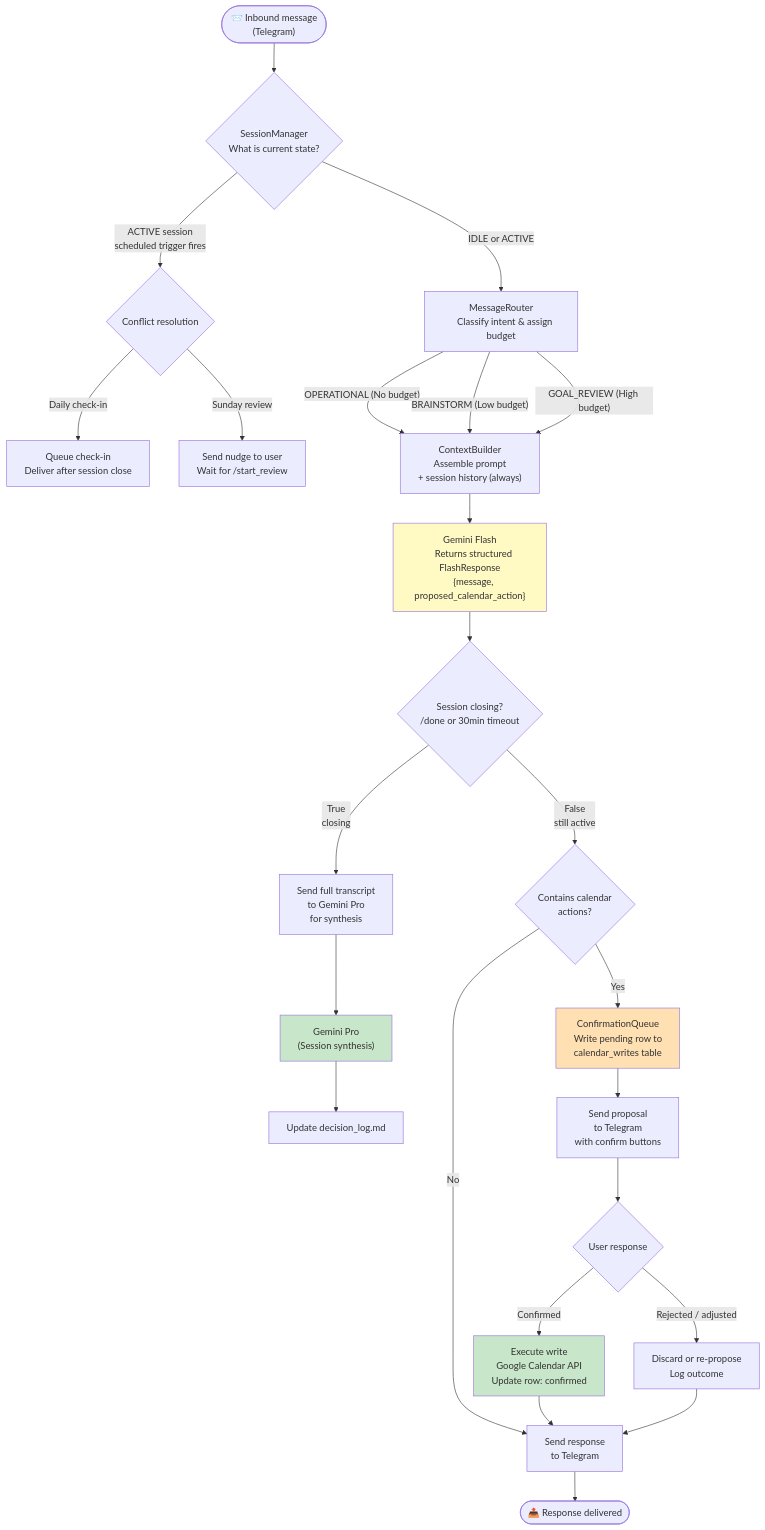
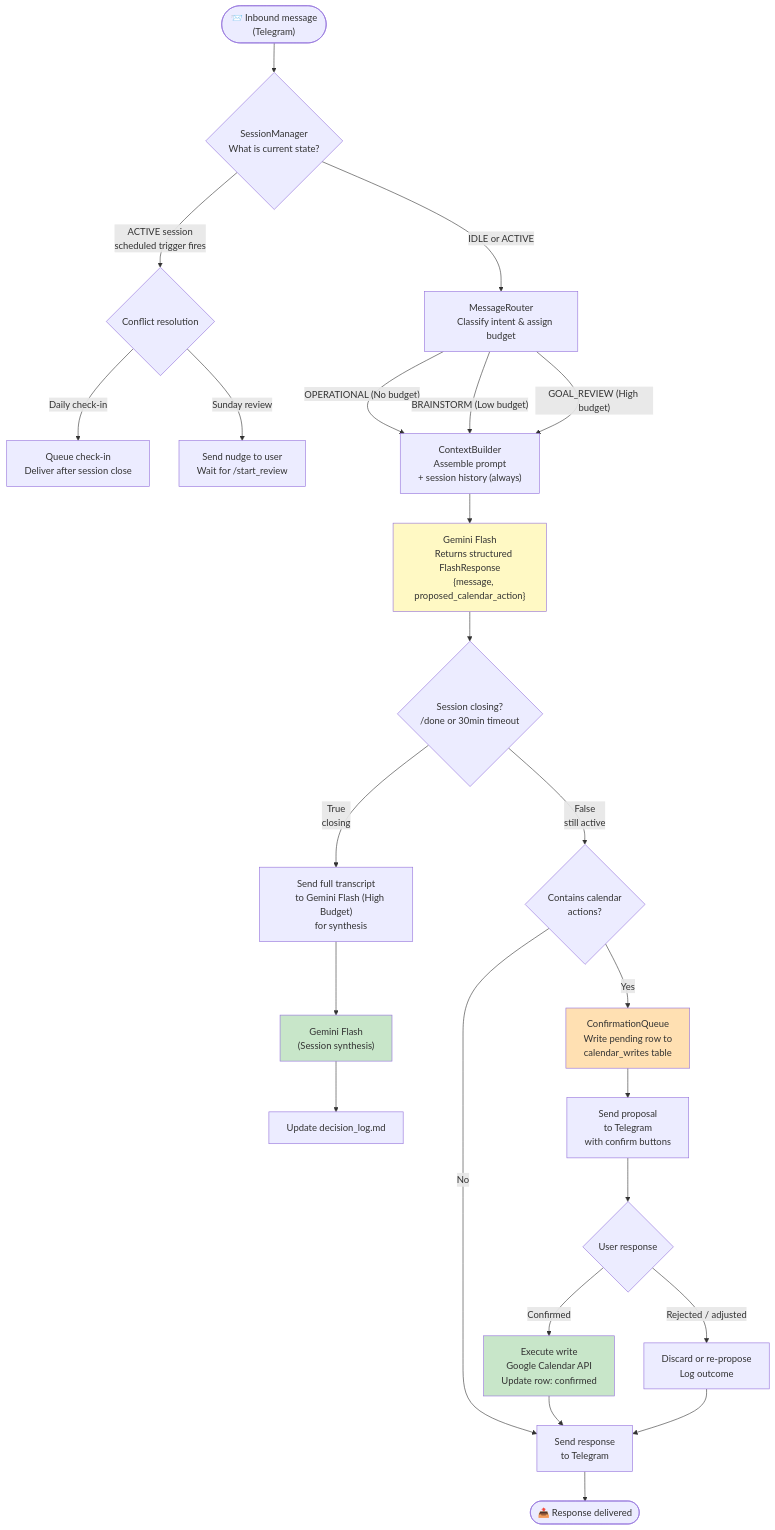
Before and after one commit to isaachuahy/david: the second of 3 diagrams in ARCHITECTURE.md, drawn with Mermaid. The commit also changed other lines of this file and 11 other files, not shown here.

````diff
--- a/ARCHITECTURE.md
+++ b/ARCHITECTURE.md
@@ -42,72 +42,72 @@
 ```mermaid
 flowchart TD
     A(["📨 Inbound message
     (Telegram)"])
 
     A --> B{"SessionManager
     What is current state?"}
 
     B -- "IDLE or ACTIVE" --> C["MessageRouter
     Classify intent & assign budget"]
     B -- "ACTIVE session
     scheduled trigger fires" --> D{"Conflict resolution"}
 
     D -- "Daily check-in" --> D1["Queue check-in
     Deliver after session close"]
     D -- "Sunday review" --> D2["Send nudge to user
     Wait for /start_review"]
 
     C -- "OPERATIONAL (No budget)" --> E
     C -- "BRAINSTORM (Low budget)" --> E
     C -- "GOAL_REVIEW (High budget)" --> E
 
     E["ContextBuilder
     Assemble prompt
     + session history (always)"] --> G["Gemini Flash
     Returns structured FlashResponse
     {message, proposed_calendar_action}"]
 
     G --> J{"Session closing?
     /done or 30min timeout"}
 
     J -- "False
     still active" --> P{"Contains calendar
     actions?"}
     J -- "True
     closing" --> M["Send full transcript
-    to Gemini Pro
+    to Gemini Flash (High Budget)
     for synthesis"]
 
-    M --> N["Gemini Pro
+    M --> N["Gemini Flash
     (Session synthesis)"]
 
     N --> O["Update decision_log.md"]
 
     P -- "No" --> K["Send response
     to Telegram"]
     P -- "Yes" --> Q["ConfirmationQueue
     Write pending row to
     calendar_writes table"]
 
     Q --> R["Send proposal
     to Telegram
     with confirm buttons"]
 
     R --> S{"User response"}
 
     S -- "Confirmed" --> T["Execute write
     Google Calendar API
     Update row: confirmed"]
     S -- "Rejected / adjusted" --> U["Discard or re-propose
     Log outcome"]
 
     T --> K
     U --> K
 
     K --> V(["📤 Response delivered"])
 
     style N fill:#c8e6c9
     style G fill:#fff9c4
     style Q fill:#ffe0b2
     style T fill:#c8e6c9
 ```
````
